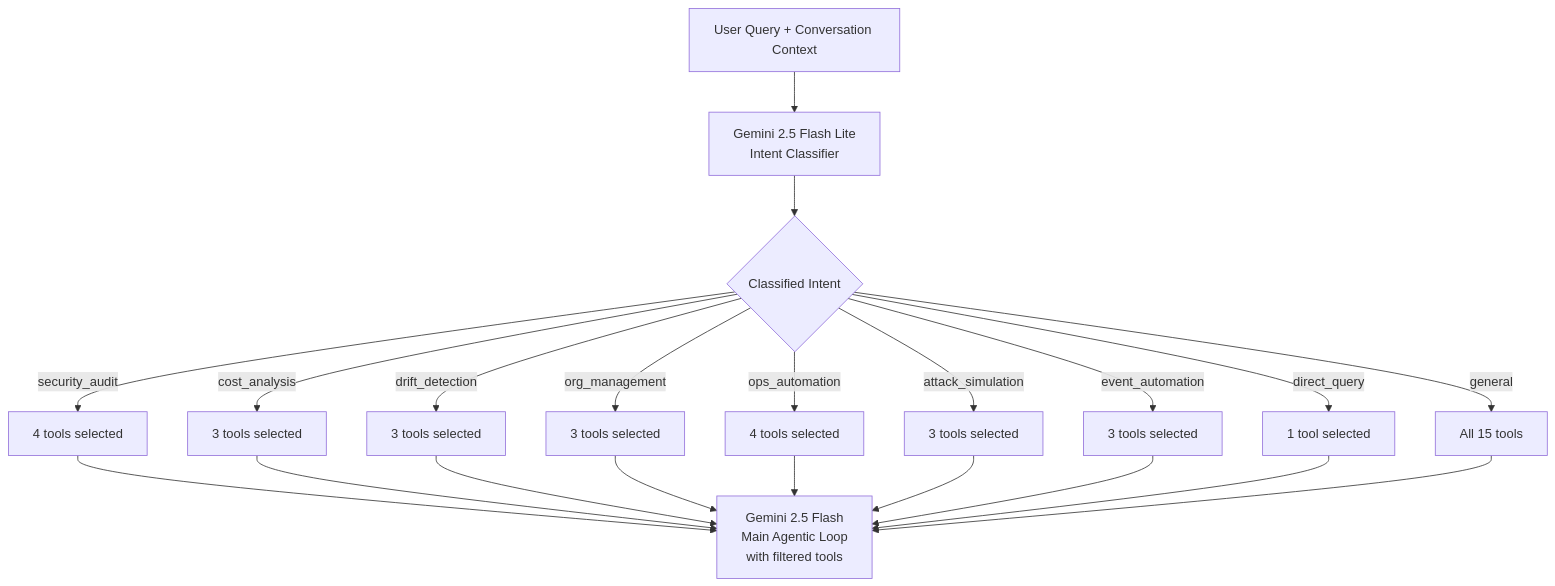
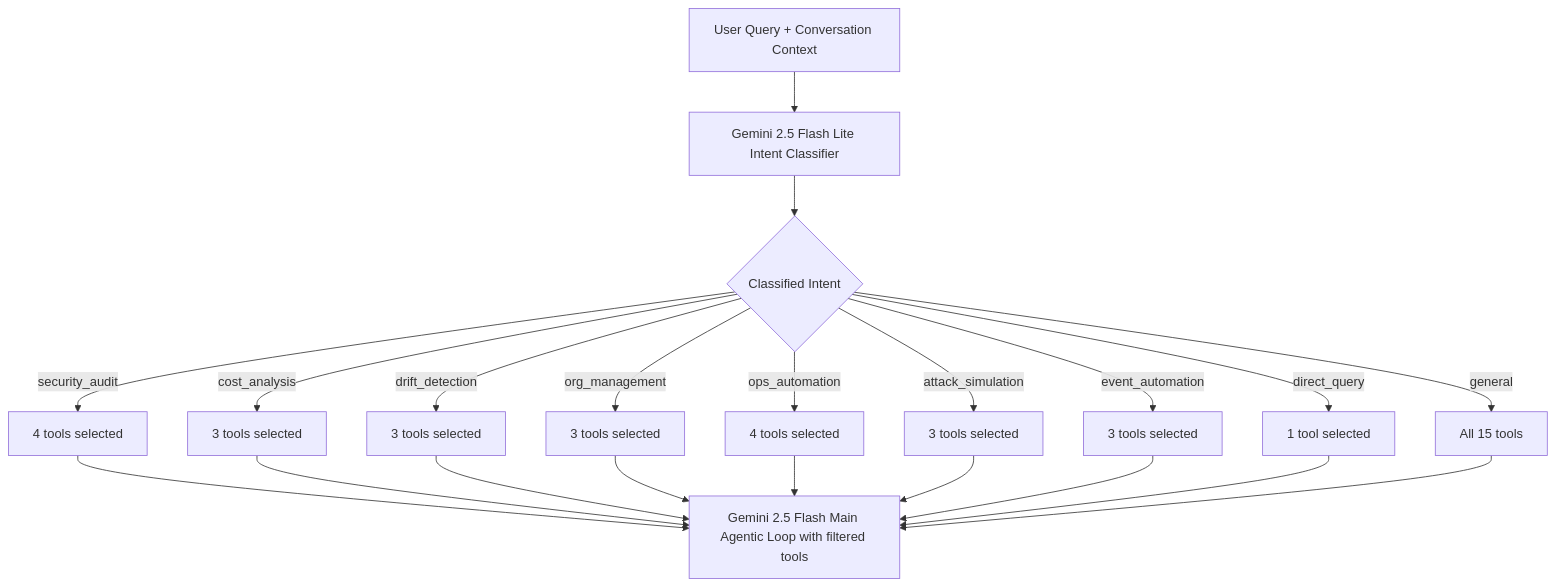
Before and after one commit to ritvikindupuri/aws-ai-agent: the sixth of 23 diagrams in TECHNICAL_DOCUMENTATION.md, drawn with Mermaid. The commit also changed other lines of this file, not shown here.

Commit message:
Updated README and docs diagrams

````diff
--- a/TECHNICAL_DOCUMENTATION.md
+++ b/TECHNICAL_DOCUMENTATION.md
@@ -544,15 +544,23 @@
 ```mermaid
 flowchart TD
-    A[User Query + Conversation Context] --> B[Gemini 2.5 Flash Lite<br/>Intent Classifier]
+    A[User Query + Conversation Context] --> B[Gemini 2.5 Flash Lite Intent Classifier]
     B --> C{Classified Intent}
     C -- security_audit --> D[4 tools selected]
     C -- cost_analysis --> E[3 tools selected]
     C -- drift_detection --> F[3 tools selected]
     C -- org_management --> G[3 tools selected]
     C -- ops_automation --> H[4 tools selected]
     C -- attack_simulation --> I[3 tools selected]
     C -- event_automation --> J[3 tools selected]
     C -- direct_query --> K[1 tool selected]
     C -- general --> L[All 15 tools]
-    D & E & F & G & H & I & J & K & L --> M[Gemini 2.5 Flash<br/>Main Agentic Loop<br/>with filtered tools]
+    D --> M[Gemini 2.5 Flash Main Agentic Loop with filtered tools]
+    E --> M
+    F --> M
+    G --> M
+    H --> M
+    I --> M
+    J --> M
+    K --> M
+    L --> M
 ```
````
